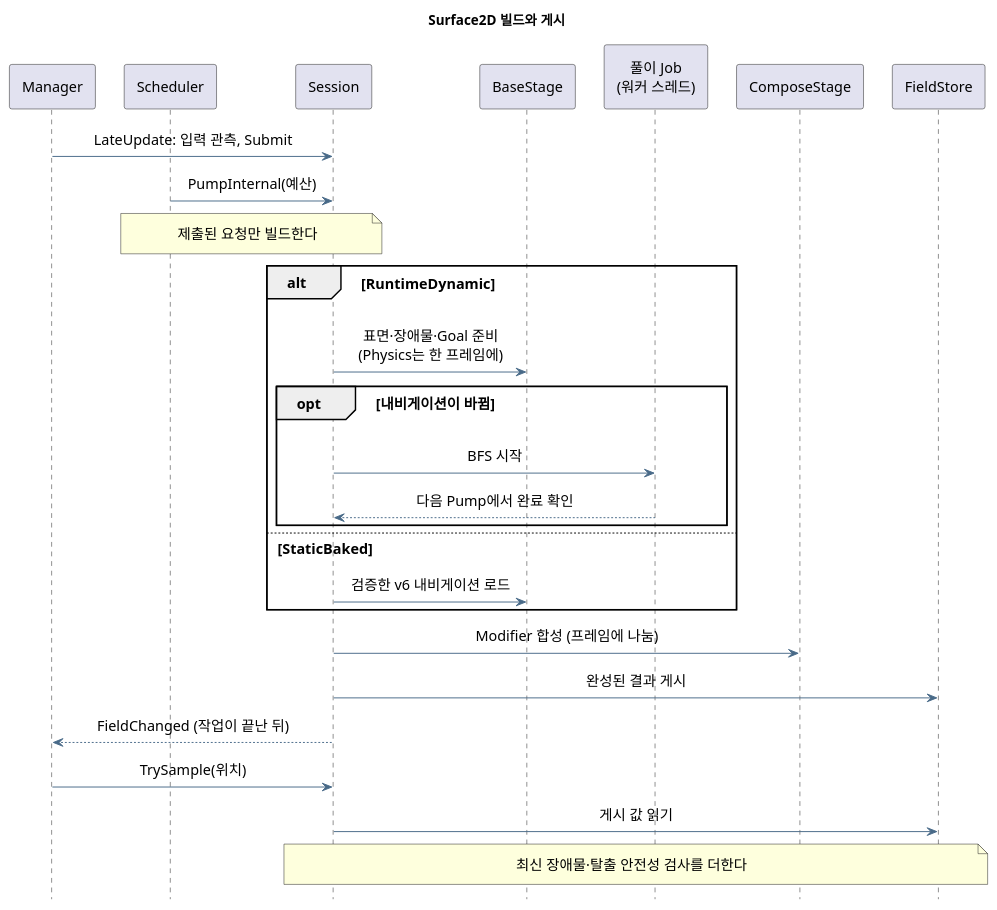
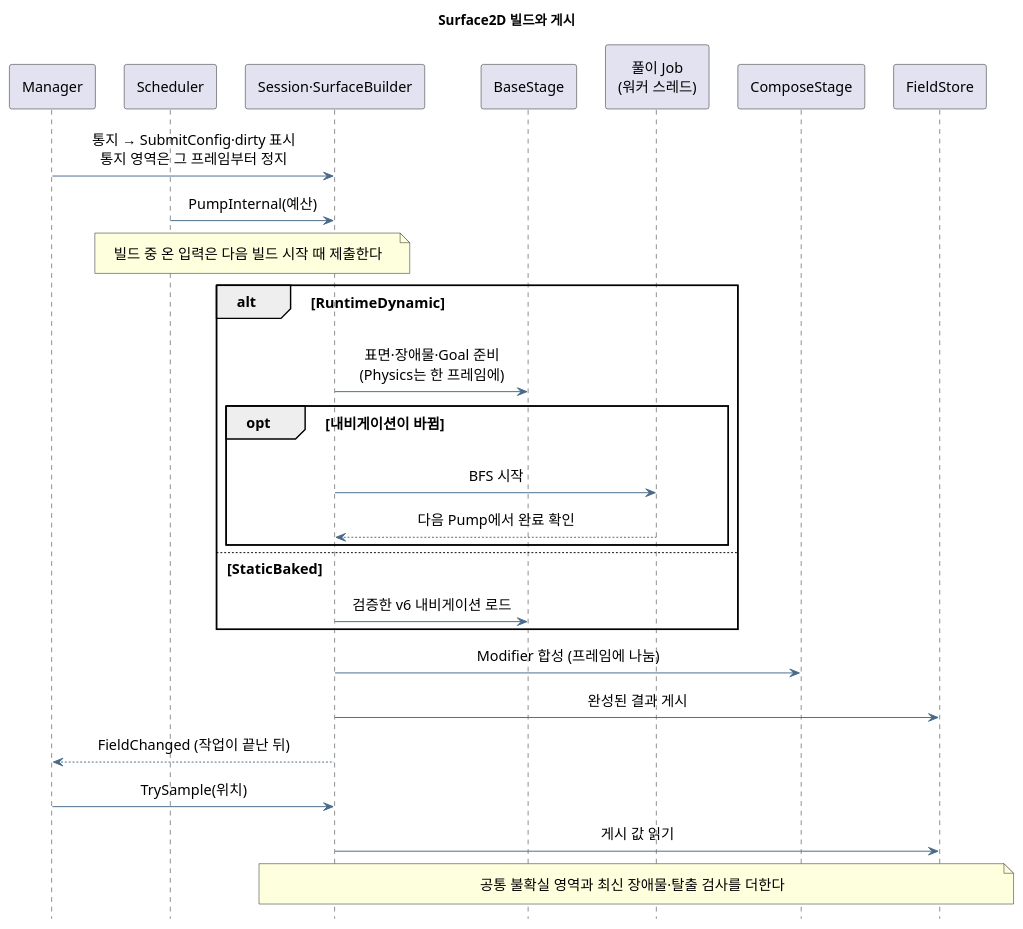
Before and after one commit to youwonsock/tool-unity-editor: the diagram in ToyProject/Assets/_FlowField/Docs/flowfield-surface.puml, drawn with PlantUML. The commit also changed 7 other files, not shown here.

```diff
--- a/ToyProject/Assets/_FlowField/Docs/flowfield-surface.puml
+++ b/ToyProject/Assets/_FlowField/Docs/flowfield-surface.puml
@@ -1,38 +1,38 @@
 @startuml flowfield-surface
 skinparam shadowing false
 skinparam defaultFontName "Apple SD Gothic Neo"
 skinparam defaultFontSize 15
 skinparam ArrowColor #496A88
 skinparam Padding 6
 skinparam sequenceMessageAlign center
 skinparam ParticipantPadding 10
 hide footbox
 title Surface2D 빌드와 게시
 
 participant "Manager" as M
 participant "Scheduler" as Q
-participant "Session" as S
+participant "Session·SurfaceBuilder" as S
 participant "BaseStage" as B
 participant "풀이 Job\n(워커 스레드)" as J
 participant "ComposeStage" as C
 participant "FieldStore" as P
 
-M -> S : LateUpdate: 입력 관측, Submit
+M -> S : 통지 → SubmitConfig·dirty 표시\n통지 영역은 그 프레임부터 정지
 Q -> S : PumpInternal(예산)
-note over Q,S : 제출된 요청만 빌드한다
+note over Q,S : 빌드 중 온 입력은 다음 빌드 시작 때 제출한다
 alt RuntimeDynamic
   S -> B : 표면·장애물·Goal 준비\n(Physics는 한 프레임에)
   opt 내비게이션이 바뀜
     S -> J : BFS 시작
     J --> S : 다음 Pump에서 완료 확인
   end
 else StaticBaked
   S -> B : 검증한 v6 내비게이션 로드
 end
 S -> C : Modifier 합성 (프레임에 나눔)
 S -> P : 완성된 결과 게시
 S --> M : FieldChanged (작업이 끝난 뒤)
 M -> S : TrySample(위치)
 S -> P : 게시 값 읽기
-note over S,P : 최신 장애물·탈출 안전성 검사를 더한다
+note over S,P : 공통 불확실 영역과 최신 장애물·탈출 검사를 더한다
 @enduml
```
